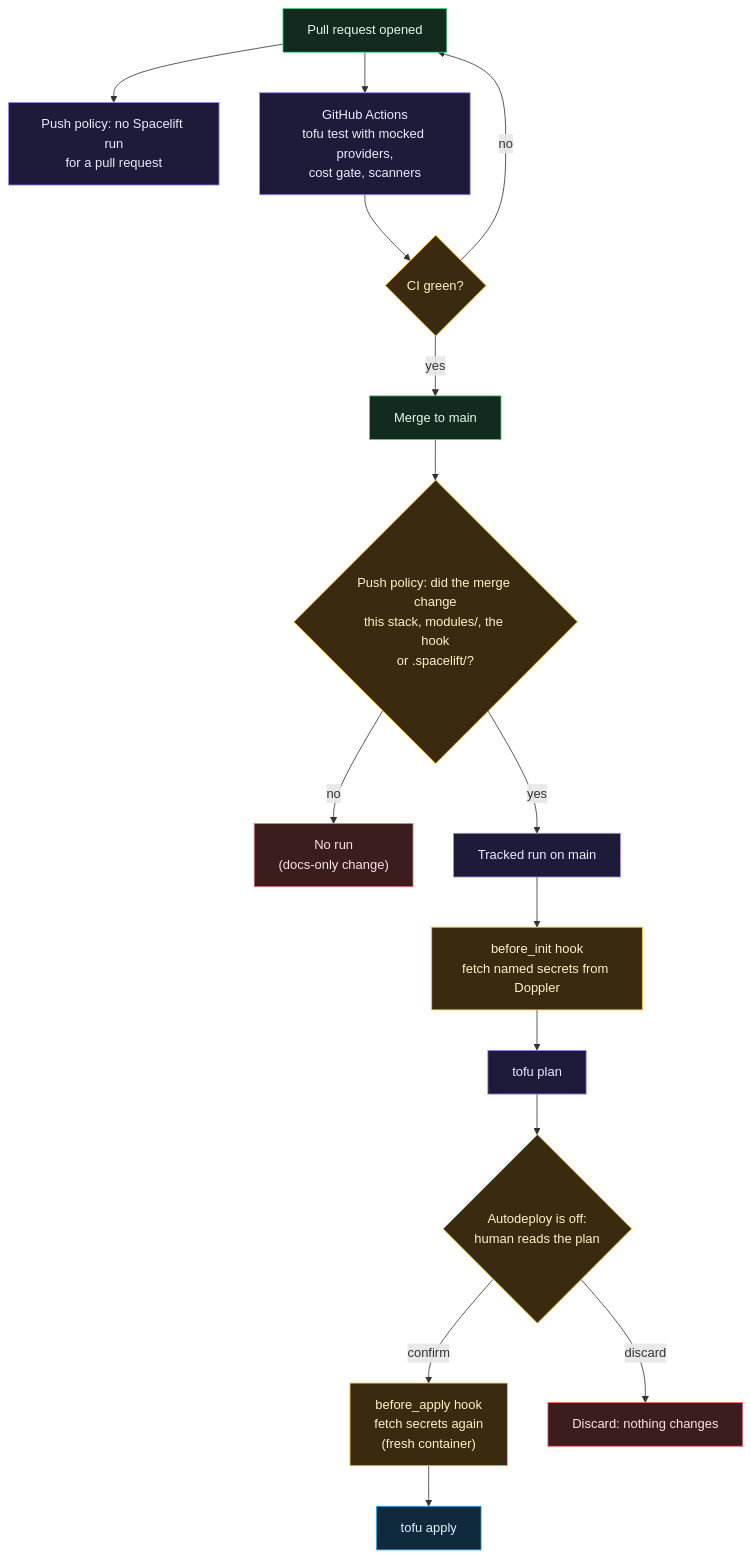
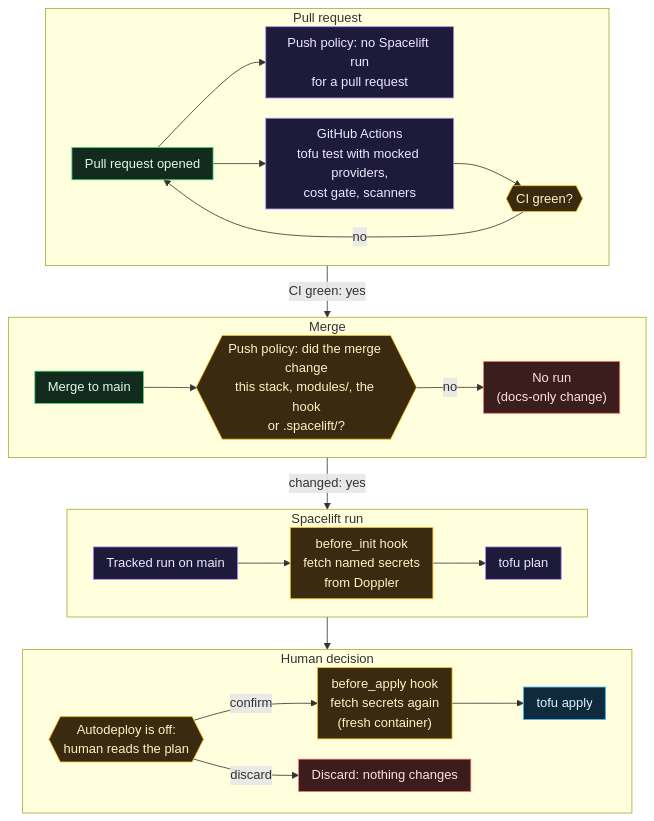
Before and after one commit to ChiefGyk3D/Clouds-Against-Humanity: the diagram in docs/wiki/Spacelift.md, drawn with Mermaid. The commit also changed 7 other files, not shown here.

First line of the commit message:
Lay out three tall diagrams wide and add an aspect-ratio test

````diff
--- a/docs/wiki/Spacelift.md
+++ b/docs/wiki/Spacelift.md
@@ -18,33 +18,48 @@
 ```mermaid
+%%{init: {"flowchart": {"nodeSpacing": 25, "rankSpacing": 40, "padding": 8}}}%%
 flowchart TD
-    pr["Pull request opened"]:::you
-    prop["Push policy: no Spacelift run<br/>for a pull request"]:::ctrl
-    ci["GitHub Actions<br/>tofu test with mocked providers,<br/>cost gate, scanners"]:::ctrl
-    green{"CI green?"}:::warn
-    merge["Merge to main"]:::you
-    affected{"Push policy: did the merge change<br/>this stack, modules/, the hook<br/>or .spacelift/?"}:::warn
-    skip["No run<br/>(docs-only change)"]:::ext
-    tracked["Tracked run on main"]:::ctrl
-    init["before_init hook<br/>fetch named secrets from Doppler"]:::secret
-    plan["tofu plan"]:::ctrl
-    wait{"Autodeploy is off:<br/>human reads the plan"}:::warn
-    again["before_apply hook<br/>fetch secrets again<br/>(fresh container)"]:::secret
-    apply["tofu apply"]:::cloud
-    discard["Discard: nothing changes"]:::ext
-
-    pr --> prop
-    pr --> ci --> green
-    green -- "yes" --> merge --> affected
-    affected -- "no" --> skip
-    affected -- "yes" --> tracked --> init --> plan --> wait
-    green -- "no" --> pr
-    wait -- "confirm" --> again --> apply
-    wait -- "discard" --> discard
+    subgraph A["Pull request"]
+        direction LR
+        pr["Pull request opened"]:::you
+        prop["Push policy: no Spacelift run<br/>for a pull request"]:::ctrl
+        ci["GitHub Actions<br/>tofu test with mocked providers,<br/>cost gate, scanners"]:::ctrl
+        green{{"CI green?"}}:::warn
+        pr --> prop
+        pr --> ci --> green
+        green -- "no" --> pr
+    end
+    subgraph B["Merge"]
+        direction LR
+        merge["Merge to main"]:::you
+        affected{{"Push policy: did the merge change<br/>this stack, modules/, the hook<br/>or .spacelift/?"}}:::warn
+        skip["No run<br/>(docs-only change)"]:::ext
+        merge --> affected
+        affected -- "no" --> skip
+    end
+    subgraph C["Spacelift run"]
+        direction LR
+        tracked["Tracked run on main"]:::ctrl
+        init["before_init hook<br/>fetch named secrets<br/>from Doppler"]:::secret
+        plan["tofu plan"]:::ctrl
+        tracked --> init --> plan
+    end
+    subgraph D["Human decision"]
+        direction LR
+        again["before_apply hook<br/>fetch secrets again<br/>(fresh container)"]:::secret
+        apply["tofu apply"]:::cloud
+        discard["Discard: nothing changes"]:::ext
+        wait{{"Autodeploy is off:<br/>human reads the plan"}}:::warn
+        wait -- "confirm" --> again --> apply
+        wait -- "discard" --> discard
+    end
+    A -- "CI green: yes" --> B
+    B -- "changed: yes" --> C
+    C --> D
 
     classDef you fill:#132a1f,stroke:#4ade80,color:#dcfce7
     classDef ext fill:#3b1d1d,stroke:#f87171,color:#fde2e2
     classDef ctrl fill:#1e1b3a,stroke:#a78bfa,color:#ede9fe
     classDef cloud fill:#0f2a3d,stroke:#38bdf8,color:#e0f2fe
     classDef secret fill:#3a2a0f,stroke:#fbbf24,color:#fef3c7
     classDef warn fill:#3a2a0f,stroke:#fbbf24,color:#fef3c7
 ```
````
